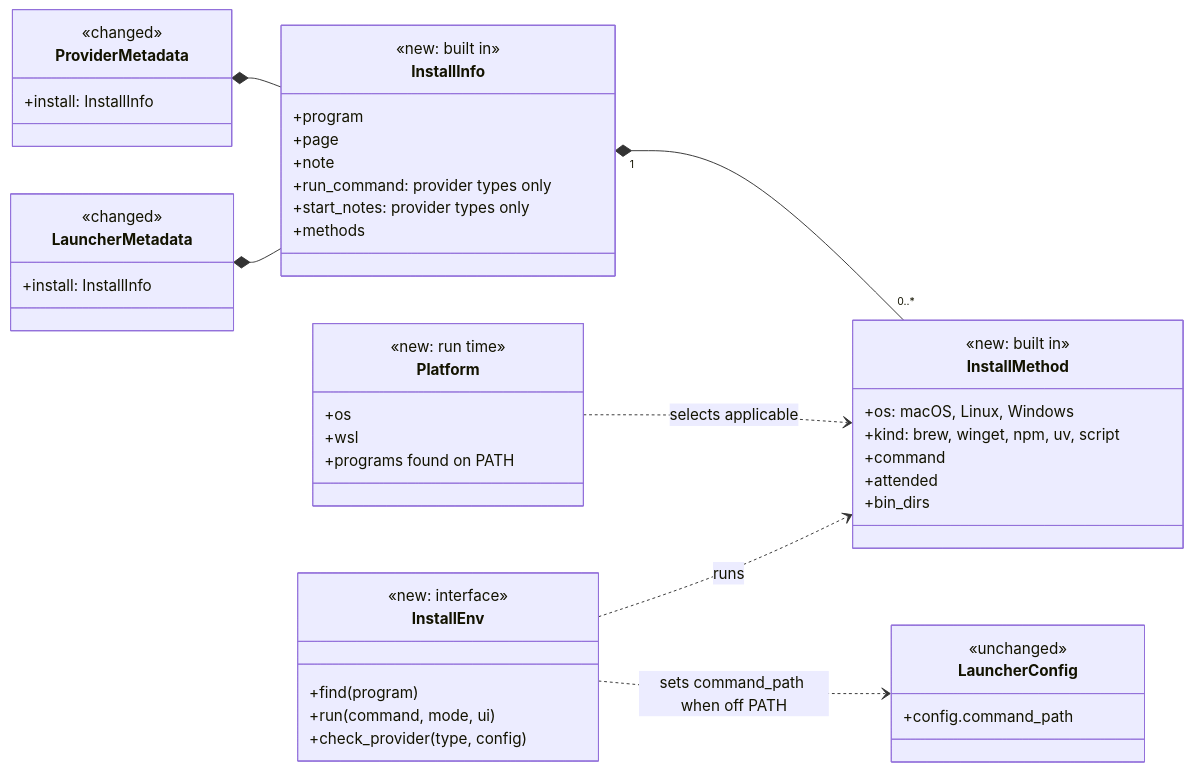
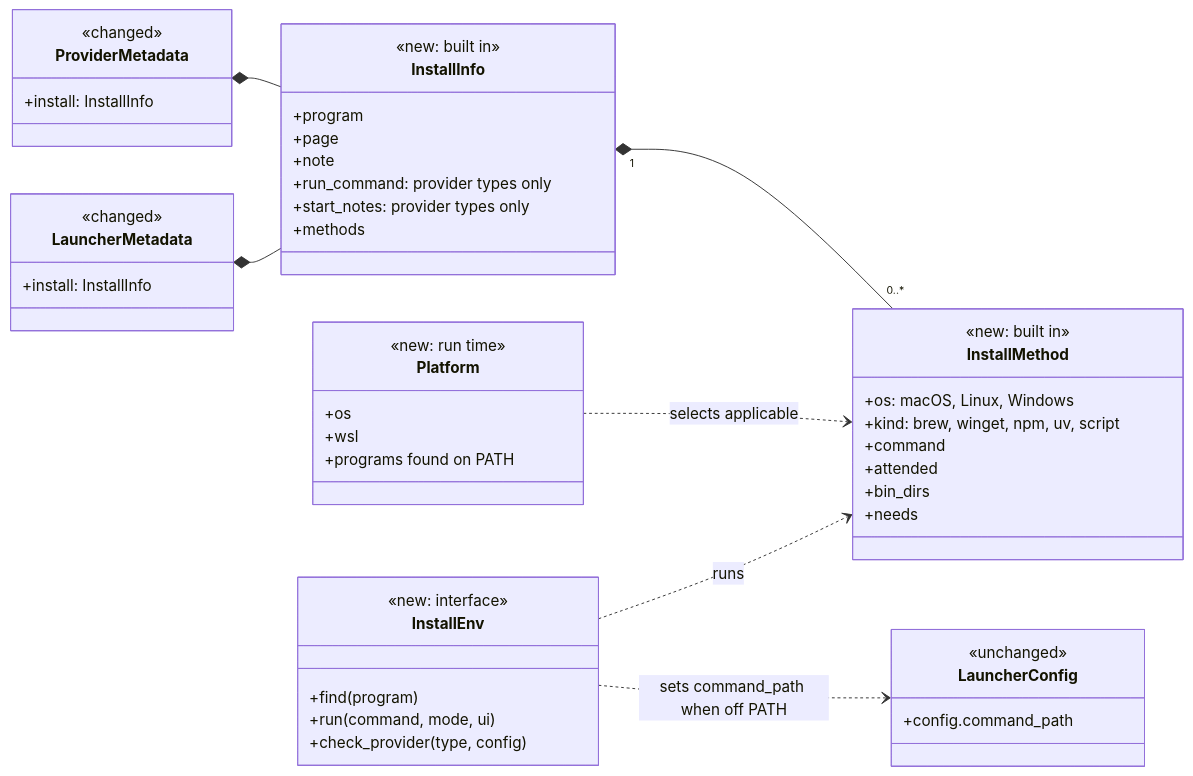
The third of 4 diagrams in docs/specs/0028-from-scratch-setup.md (Fineturkey/granite-cli), drawn with Mermaid before and after one commit. The commit also changed other lines of this file, not shown here.

````diff
--- a/docs/specs/0028-from-scratch-setup.md
+++ b/docs/specs/0028-from-scratch-setup.md
@@ -668,51 +720,52 @@
 ```mermaid
 classDiagram
   direction LR
   class ProviderMetadata {
     <<changed>>
     +install: InstallInfo
   }
   class LauncherMetadata {
     <<changed>>
     +install: InstallInfo
   }
   class InstallInfo {
     <<new: built in>>
     +program
     +page
     +note
     +run_command: provider types only
     +start_notes: provider types only
     +methods
   }
   class InstallMethod {
     <<new: built in>>
     +os: macOS, Linux, Windows
     +kind: brew, winget, npm, uv, script
     +command
     +attended
     +bin_dirs
+    +needs
   }
   class Platform {
     <<new: run time>>
     +os
     +wsl
     +programs found on PATH
   }
   class InstallEnv {
     <<new: interface>>
     +find(program)
     +run(command, mode, ui)
     +check_provider(type, config)
   }
   class LauncherConfig {
     <<unchanged>>
     +config.command_path
   }
   ProviderMetadata *-- InstallInfo
   LauncherMetadata *-- InstallInfo
   InstallInfo "1" *-- "0..*" InstallMethod
   Platform ..> InstallMethod : selects applicable
   InstallEnv ..> InstallMethod : runs
   InstallEnv ..> LauncherConfig : sets command_path when off PATH
 ```
````
